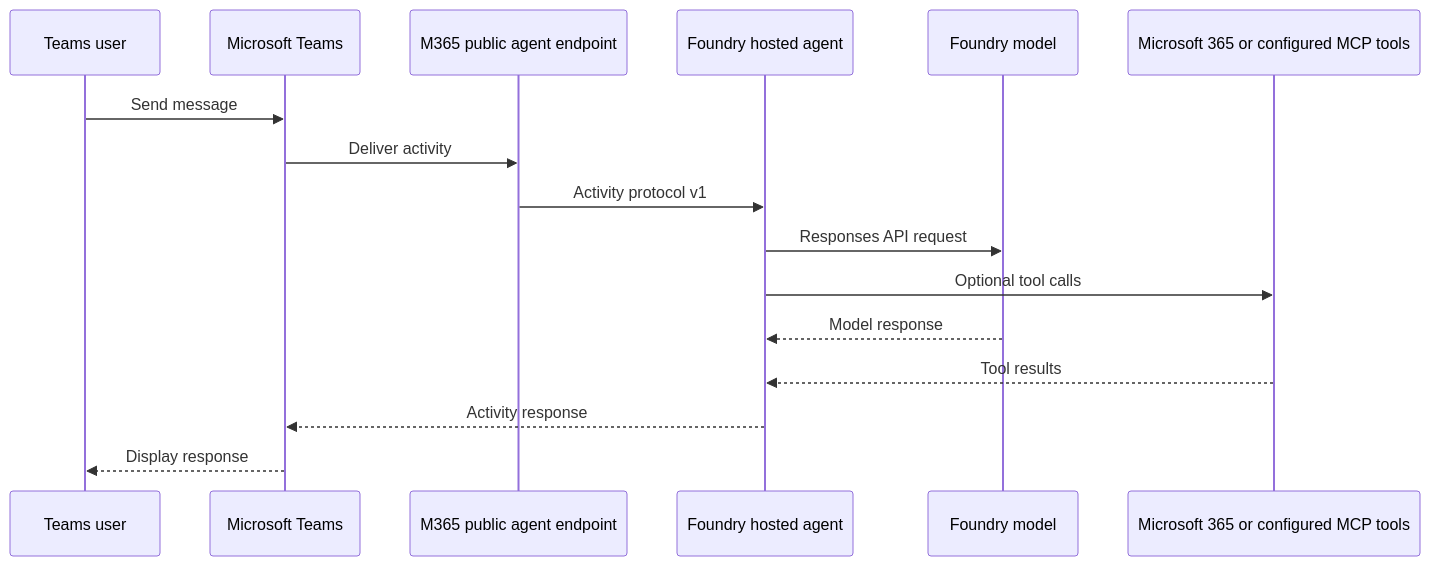
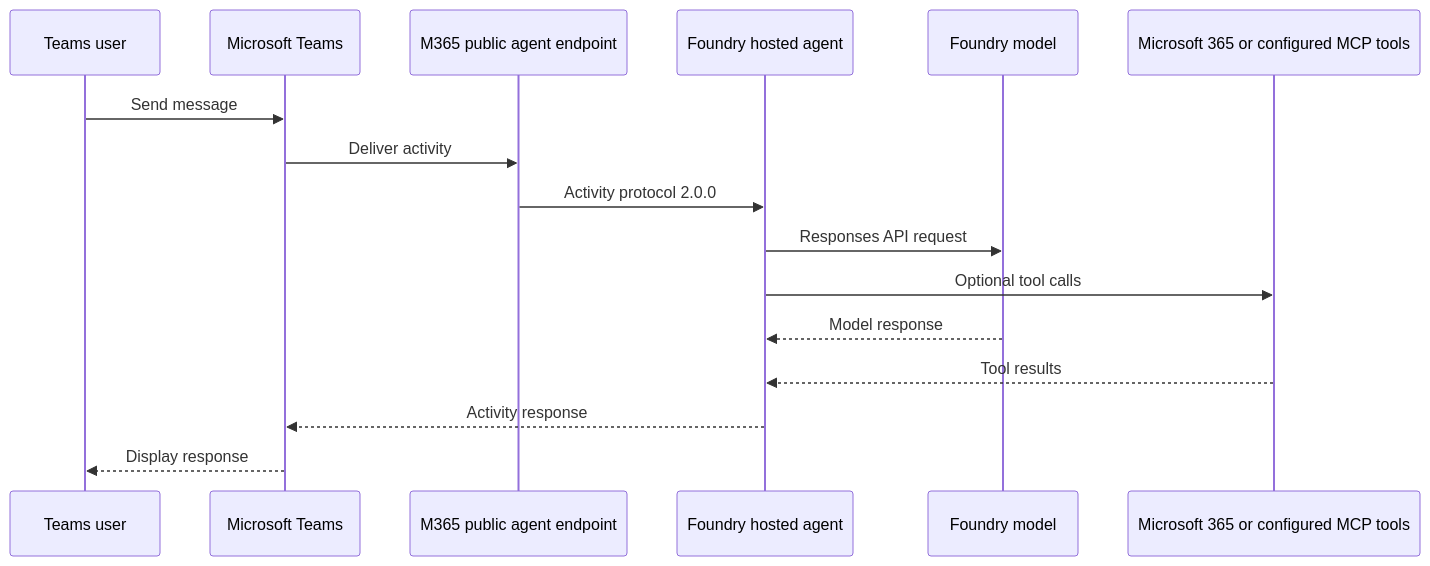
Diagram 12 of 12 in samples/python/foundry-autopilot-agent/private-network-architecture-readme.md (fosteramanda/foundry-samples), drawn with Mermaid before and after one commit. The commit also changed 11 other files, not shown here.

````diff
--- a/samples/python/foundry-autopilot-agent/private-network-architecture-readme.md
+++ b/samples/python/foundry-autopilot-agent/private-network-architecture-readme.md
@@ -385,19 +385,19 @@
 ```mermaid
 sequenceDiagram
     participant User as Teams user
     participant Teams as Microsoft Teams
     participant Endpoint as M365 public agent endpoint
     participant Agent as Foundry hosted agent
     participant Model as Foundry model
     participant Tools as Microsoft 365 or configured MCP tools
 
     User->>Teams: Send message
     Teams->>Endpoint: Deliver activity
-    Endpoint->>Agent: Activity protocol v1
+    Endpoint->>Agent: Activity protocol 2.0.0
     Agent->>Model: Responses API request
     Agent->>Tools: Optional tool calls
     Model-->>Agent: Model response
     Tools-->>Agent: Tool results
     Agent-->>Teams: Activity response
     Teams-->>User: Display response
 ```
````
